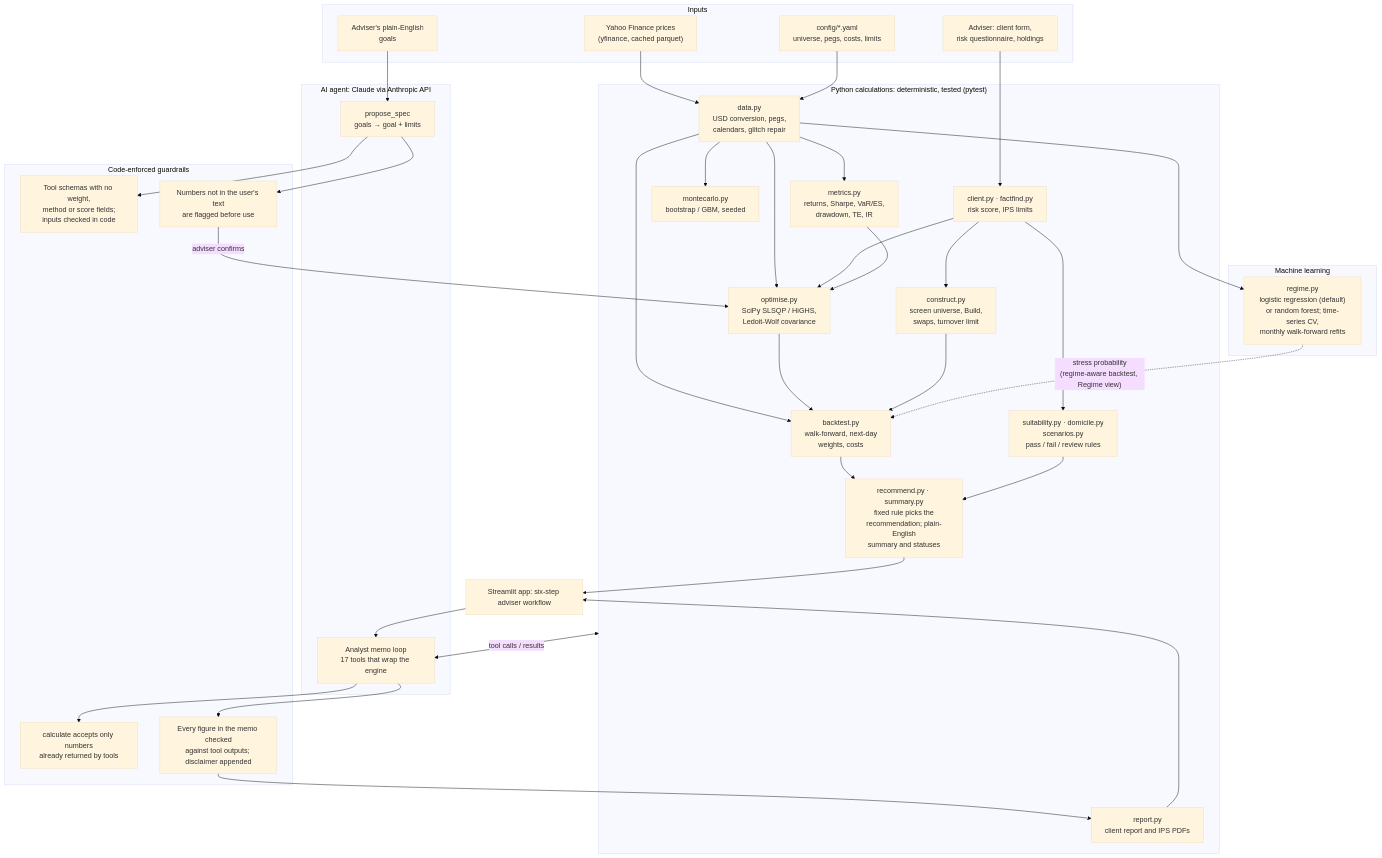
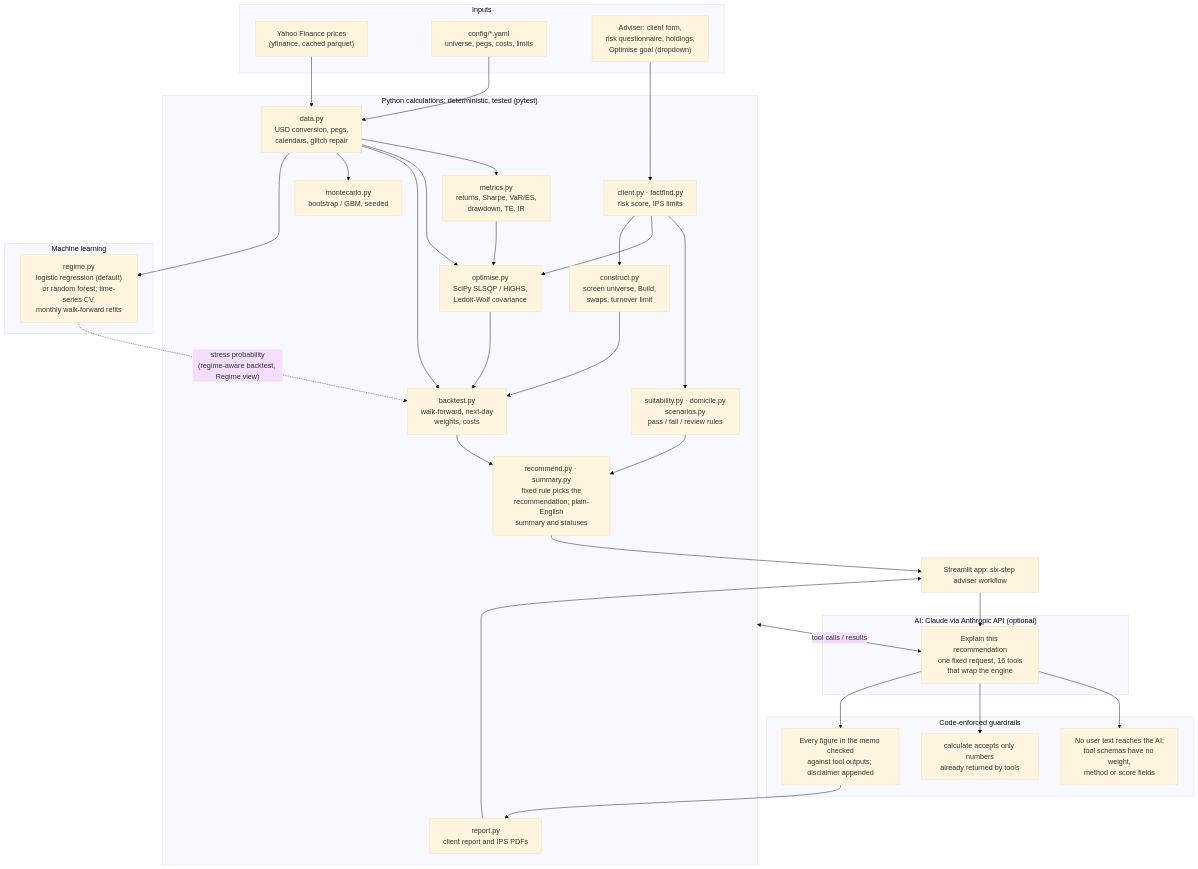
The diagram in ARCHITECTURE.md (omarnaser16/gulf-portfolio-lab), drawn with Mermaid (base theme) before and after one commit. The commit also changed other lines of this file and 62 other files, not shown here.

First line of the commit message:
docs: one AI feature, goals and too-cautious rule; QA evidence; new screenshots

````diff
--- a/ARCHITECTURE.md
+++ b/ARCHITECTURE.md
@@ -13,63 +13,57 @@
 ```mermaid
 flowchart TB
     subgraph IN["Inputs"]
         YF["Yahoo Finance prices<br/>(yfinance, cached parquet)"]
         CFG["config/*.yaml<br/>universe, pegs, costs, limits"]
-        ADV["Adviser: client form,<br/>risk questionnaire, holdings"]
-        NOTES["Adviser's plain-English<br/>goals"]
+        ADV["Adviser: client form,<br/>risk questionnaire, holdings,<br/>Optimise goal (dropdown)"]
     end
 
     subgraph PY["Python calculations: deterministic, tested (pytest)"]
         DATA["data.py<br/>USD conversion, pegs,<br/>calendars, glitch repair"]
         MET["metrics.py<br/>returns, Sharpe, VaR/ES,<br/>drawdown, TE, IR"]
         OPT["optimise.py<br/>SciPy SLSQP / HiGHS,<br/>Ledoit-Wolf covariance"]
         CON["construct.py<br/>screen universe, Build,<br/>swaps, turnover limit"]
         BT["backtest.py<br/>walk-forward, next-day<br/>weights, costs"]
         MC["montecarlo.py<br/>bootstrap / GBM, seeded"]
         CLI["client.py · factfind.py<br/>risk score, IPS limits"]
         SUIT["suitability.py · domicile.py<br/>scenarios.py<br/>pass / fail / review rules"]
         REC["recommend.py · summary.py<br/>fixed rule picks the<br/>recommendation; plain-English<br/>summary and statuses"]
         REP["report.py<br/>client report and IPS PDFs"]
     end
 
     subgraph ML["Machine learning"]
         REG["regime.py<br/>logistic regression (default)<br/>or random forest; time-series CV,<br/>monthly walk-forward refits"]
     end
 
-    subgraph AI["AI agent: Claude via Anthropic API"]
-        SPEC["propose_spec<br/>goals → goal + limits"]
-        ANA["Analyst memo loop<br/>17 tools that wrap the engine"]
+    subgraph AI["AI: Claude via Anthropic API (optional)"]
+        ANA["Explain this recommendation<br/>one fixed request, 16 tools<br/>that wrap the engine"]
     end
 
     subgraph GUARD["Code-enforced guardrails"]
-        G1["Tool schemas with no weight,<br/>method or score fields;<br/>inputs checked in code"]
-        G2["Numbers not in the user's text<br/>are flagged before use"]
+        G1["No user text reaches the AI;<br/>tool schemas have no weight,<br/>method or score fields"]
         G3["calculate accepts only numbers<br/>already returned by tools"]
         G4["Every figure in the memo checked<br/>against tool outputs; disclaimer appended"]
     end
 
     UI["Streamlit app: six-step adviser workflow"]
 
     YF --> DATA
     CFG --> DATA
     DATA --> MET & OPT & BT & MC & REG
     ADV --> CLI
     CLI --> SUIT & OPT & CON
     MET --> OPT --> BT
     CON --> BT
     BT --> REC
     SUIT --> REC
     REG -. "stress probability<br/>(regime-aware backtest, Regime view)" .-> BT
 
-    NOTES --> SPEC
-    SPEC --> G1
-    SPEC --> G2
-    G2 -- "adviser confirms" --> OPT
+    ANA --> G1
     ANA <-- "tool calls / results" --> PY
     ANA --> G3
     ANA --> G4 --> REP
 
     REC --> UI
     REP --> UI
     UI --> ANA
 ```
````
